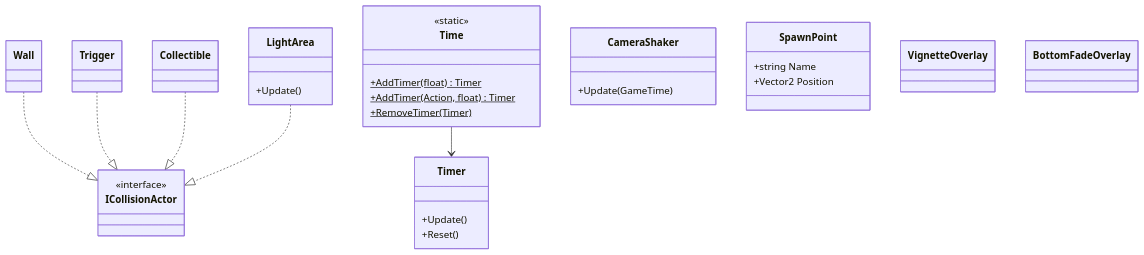
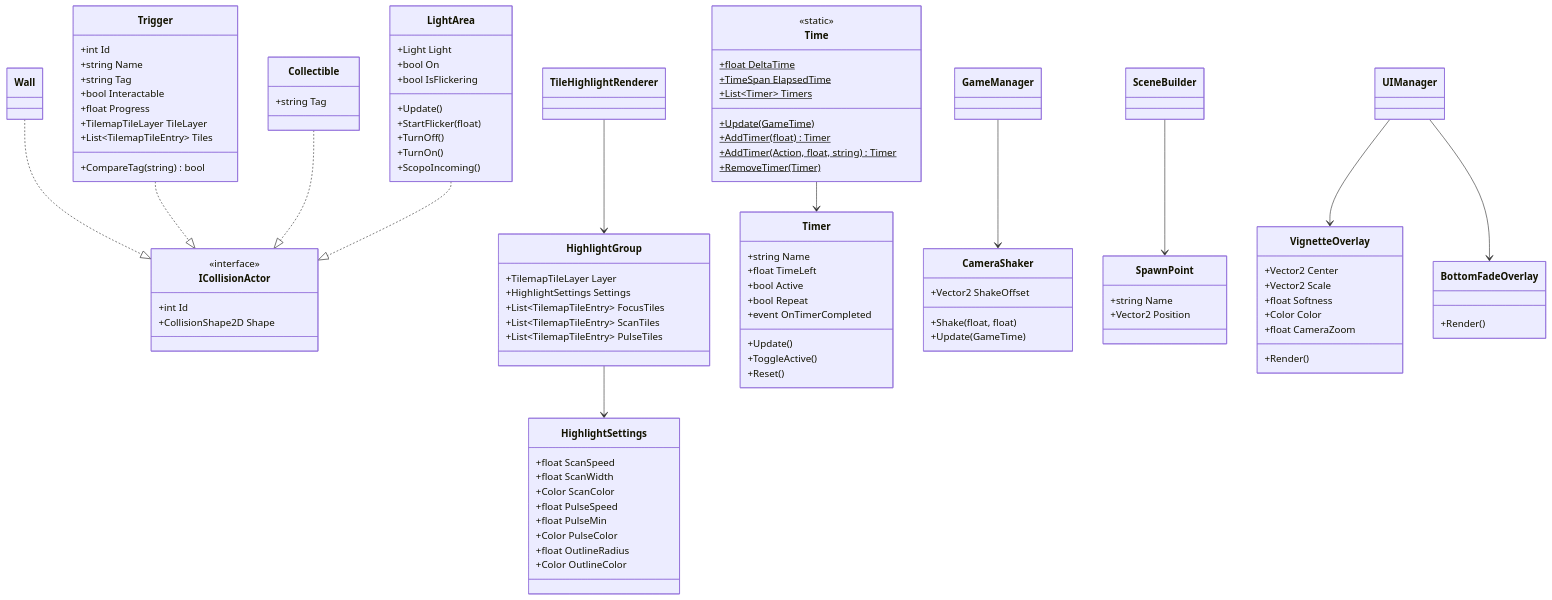
One commit to Sambopukkazz/DG225_CoreX changed the fourth of 6 diagrams in docs/03_Software/02-class-diagram.md. Above: the diagram before and after it, drawn with Mermaid. The commit also changed other lines of this file and 26 other files, not shown here.

````diff
--- a/docs/03_Software/02-class-diagram.md
+++ b/docs/03_Software/02-class-diagram.md
@@ -183,37 +316,102 @@
 classDiagram
     class ICollisionActor {
         <<interface>>
+        +int Id
+        +CollisionShape2D Shape
     }
     class Wall
-    class Trigger
-    class Collectible
+    class Trigger {
+        +int Id
+        +string Name
+        +string Tag
+        +bool Interactable
+        +float Progress
+        +TilemapTileLayer TileLayer
+        +List~TilemapTileEntry~ Tiles
+        +CompareTag(string) bool
+    }
+    class Collectible {
+        +string Tag
+    }
     class LightArea {
+        +Light Light
+        +bool On
+        +bool IsFlickering
         +Update()
+        +StartFlicker(float)
+        +TurnOff()
+        +TurnOn()
+        +ScopoIncoming()
     }
     Wall ..|> ICollisionActor
     Trigger ..|> ICollisionActor
     Collectible ..|> ICollisionActor
     LightArea ..|> ICollisionActor
 
+    class HighlightSettings {
+        +float ScanSpeed
+        +float ScanWidth
+        +Color ScanColor
+        +float PulseSpeed
+        +float PulseMin
+        +Color PulseColor
+        +float OutlineRadius
+        +Color OutlineColor
+    }
+    class HighlightGroup {
+        +TilemapTileLayer Layer
+        +HighlightSettings Settings
+        +List~TilemapTileEntry~ FocusTiles
+        +List~TilemapTileEntry~ ScanTiles
+        +List~TilemapTileEntry~ PulseTiles
+    }
+    TileHighlightRenderer --> HighlightGroup
+    HighlightGroup --> HighlightSettings
+
     class Time {
         <<static>>
+        +float DeltaTime$
+        +TimeSpan ElapsedTime$
+        +List~Timer~ Timers$
+        +Update(GameTime)$
         +AddTimer(float) Timer$
-        +AddTimer(Action, float) Timer$
+        +AddTimer(Action, float, string) Timer$
         +RemoveTimer(Timer)$
     }
     class Timer {
+        +string Name
+        +float TimeLeft
+        +bool Active
+        +bool Repeat
         +Update()
+        +ToggleActive()
         +Reset()
+        +event OnTimerCompleted
     }
     class CameraShaker {
+        +Vector2 ShakeOffset
+        +Shake(float, float)
         +Update(GameTime)
     }
     class SpawnPoint {
         +string Name
         +Vector2 Position
     }
-    class VignetteOverlay
-    class BottomFadeOverlay
+    class VignetteOverlay {
+        +Vector2 Center
+        +Vector2 Scale
+        +float Softness
+        +Color Color
+        +float CameraZoom
+        +Render()
+    }
+    class BottomFadeOverlay {
+        +Render()
+    }
 
     Time --> Timer
+    UIManager --> VignetteOverlay
+    UIManager --> BottomFadeOverlay
+    GameManager --> CameraShaker
+    SceneBuilder --> SpawnPoint
 ```
````
